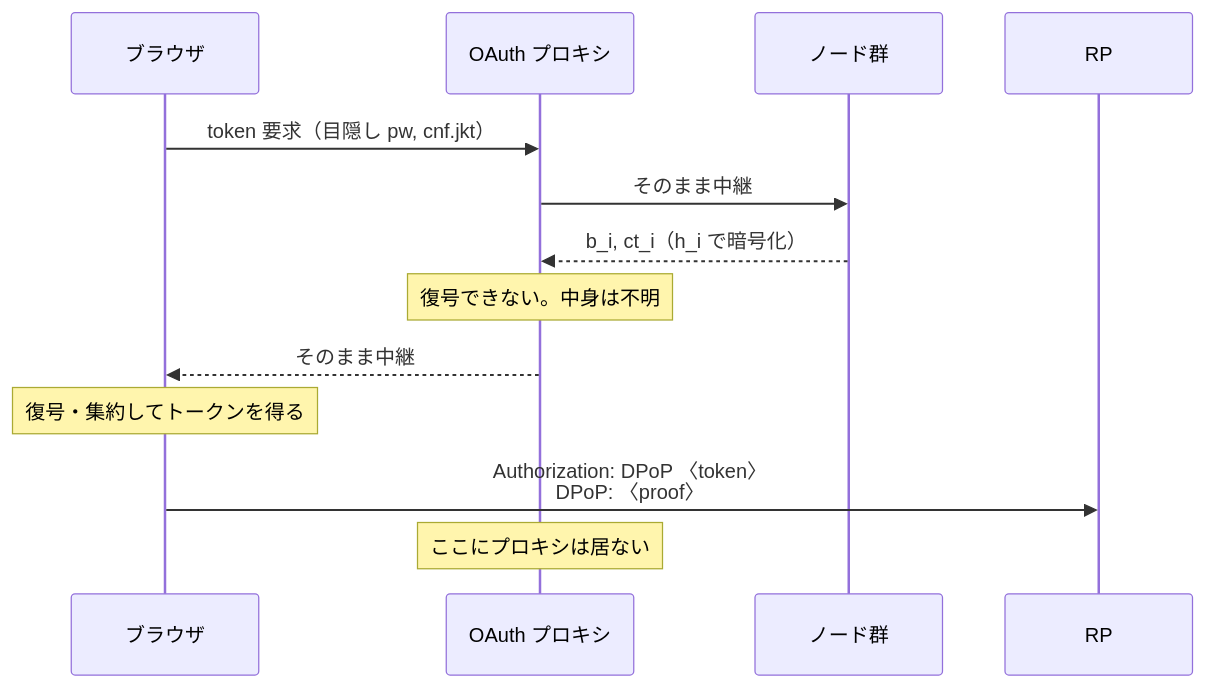
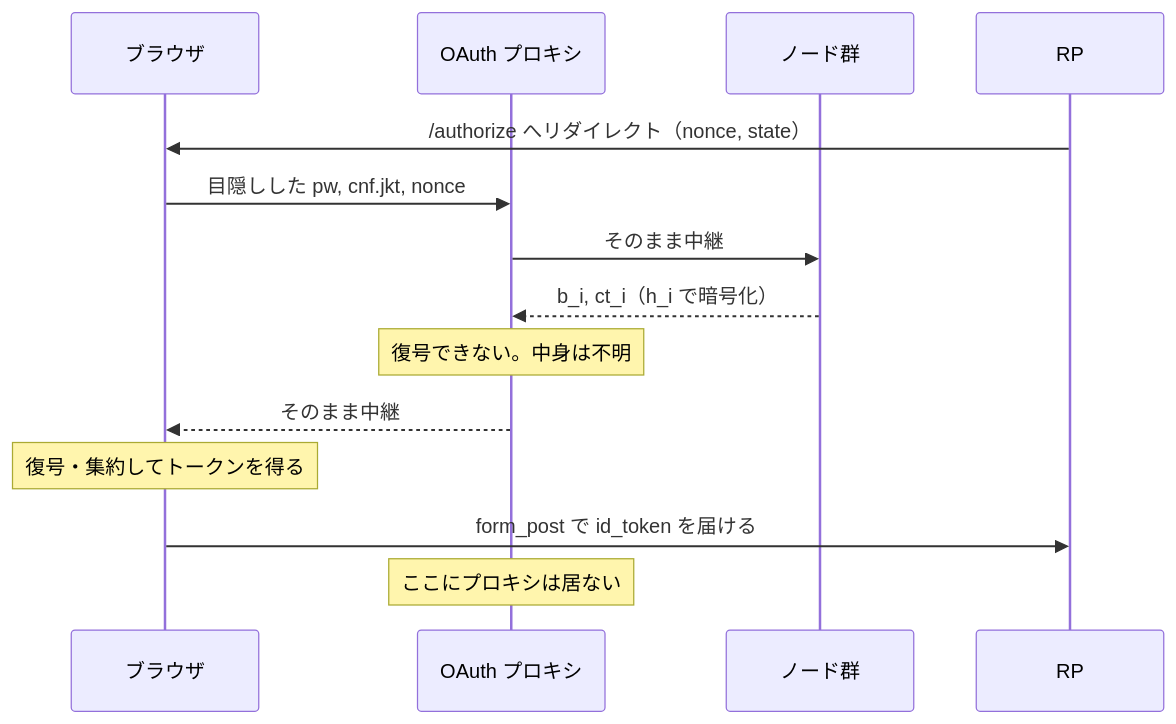
The sixth of 8 diagrams in docs/whiteboard-gaps.md (sururu-k/decentralized_identity_provider), drawn with Mermaid before and after one commit. The commit also changed other lines of this file and 1 other file, not shown here.

````diff
--- a/docs/whiteboard-gaps.md
+++ b/docs/whiteboard-gaps.md
@@ -120,16 +188,17 @@
 ```mermaid
 sequenceDiagram
     participant B as ブラウザ
     participant X as OAuth プロキシ
     participant N as ノード群
     participant RP as RP
 
-    B->>X: token 要求（目隠し pw, cnf.jkt）
+    RP->>B: /authorize へリダイレクト（nonce, state）
+    B->>X: 目隠しした pw, cnf.jkt, nonce
     X->>N: そのまま中継
     N-->>X: b_i, ct_i（h_i で暗号化）
     Note over X: 復号できない。中身は不明
     X-->>B: そのまま中継
     Note over B: 復号・集約してトークンを得る
-    B->>RP: Authorization: DPoP 〈token〉<br>DPoP: 〈proof〉
+    B->>RP: form_post で id_token を届ける
     Note over X: ここにプロキシは居ない
 ```
````
